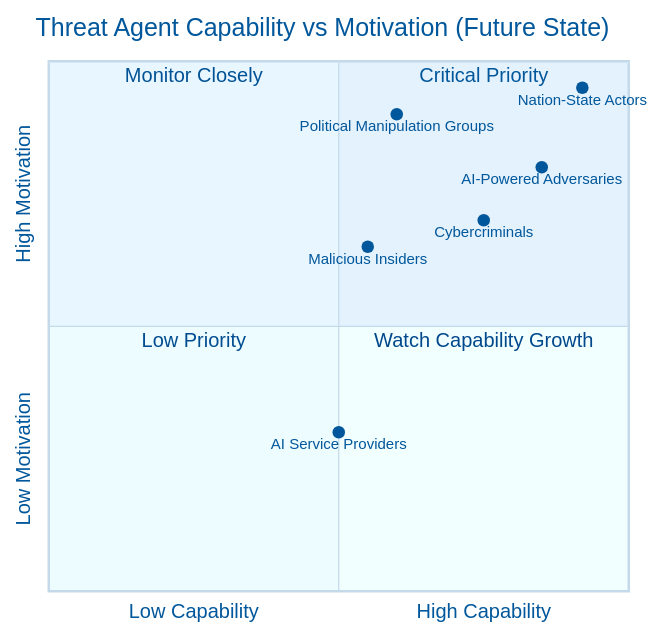
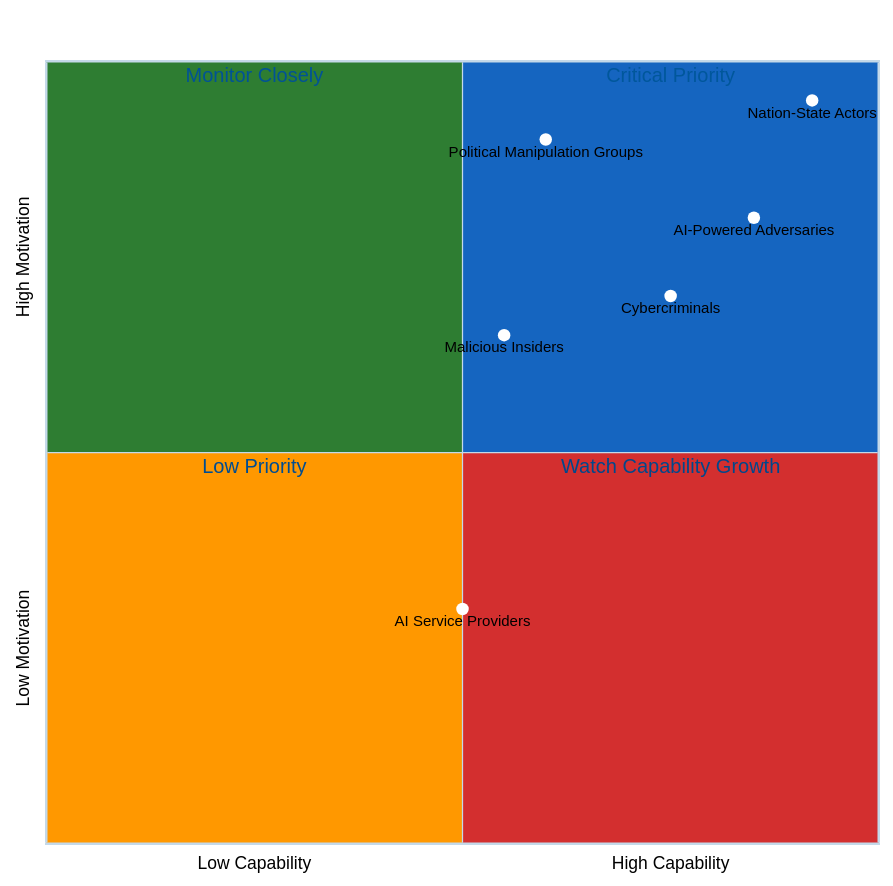
The third of 7 diagrams in FUTURE_THREAT_MODEL.md (Hack23/cia), drawn with Mermaid before and after one commit. The commit also changed other lines of this file and 30 other files, not shown here.

First line of the commit message:
fix: fix mermaid init blocks (single->double quotes), xychart quoting, and SWOT quadrant colors

````diff
--- a/FUTURE_THREAT_MODEL.md
+++ b/FUTURE_THREAT_MODEL.md
@@ -346,25 +346,49 @@
 ```mermaid
+%%{init: {
+  "theme": "base",
+  "themeVariables": {
+    "quadrant1Fill": "#1565C0",
+    "quadrant2Fill": "#2E7D32",
+    "quadrant3Fill": "#FF9800",
+    "quadrant4Fill": "#D32F2F",
+    "quadrantTitleFill": "#ffffff",
+    "quadrantPointFill": "#ffffff",
+    "quadrantPointTextFill": "#000000",
+    "quadrantXAxisTextFill": "#000000",
+    "quadrantYAxisTextFill": "#000000"
+  },
+  "quadrantChart": {
+    "chartWidth": 700,
+    "chartHeight": 700,
+    "pointLabelFontSize": 12,
+    "titleFontSize": 20,
+    "quadrantLabelFontSize": 16,
+    "xAxisLabelFontSize": 14,
+    "yAxisLabelFontSize": 14
+  }
+}}%%
 %%{
   init: {
-    'theme': 'base',
-    'themeVariables': {
-      'primaryColor': '#e3f2fd',
-      'primaryTextColor': '#01579b'
+    "theme": "base",
+    "themeVariables": {
+      "primaryColor": "#e3f2fd",
+      "primaryTextColor": "#01579b"
     }
   }
 }%%
 quadrantChart
     title Threat Agent Capability vs Motivation (Future State)
     x-axis Low Capability --> High Capability
     y-axis Low Motivation --> High Motivation
     quadrant-1 Critical Priority
     quadrant-2 Monitor Closely
     quadrant-3 Low Priority
     quadrant-4 Watch Capability Growth
-    Nation-State Actors: [0.92, 0.95]
-    AI-Powered Adversaries: [0.85, 0.80]
-    Political Manipulation Groups: [0.60, 0.90]
-    Cybercriminals: [0.75, 0.70]
-    Malicious Insiders: [0.55, 0.65]
-    AI Service Providers: [0.50, 0.30]
+    "Nation-State Actors": [0.92, 0.95]
+    "AI-Powered Adversaries": [0.85, 0.80]
+    "Political Manipulation Groups": [0.60, 0.90]
+    "Cybercriminals": [0.75, 0.70]
+    "Malicious Insiders": [0.55, 0.65]
+    "AI Service Providers": [0.50, 0.30]
+
 ```
````
